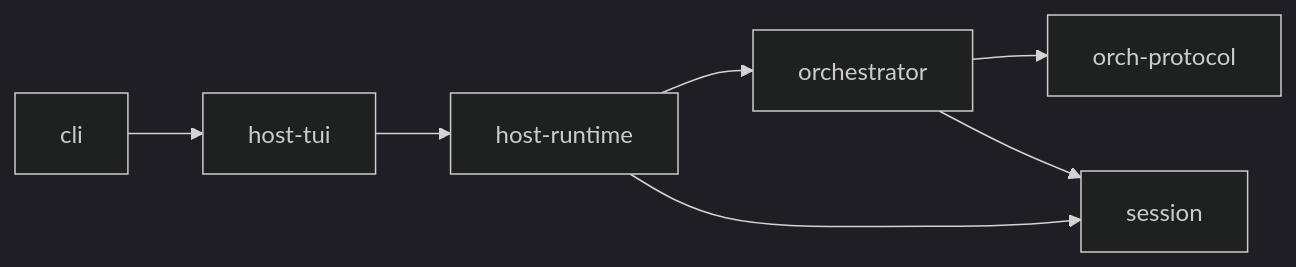
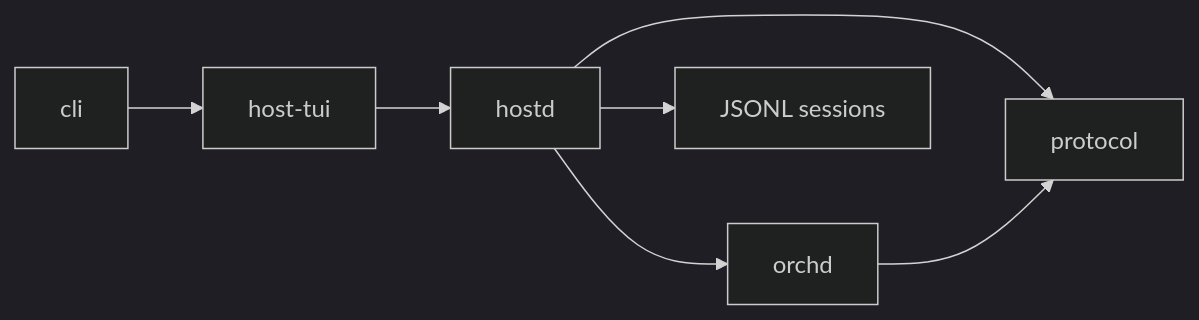
The diagram in AGENTS.md (biuld/piko), drawn with Mermaid (dark theme) before and after one commit. The commit also changed other lines of this file and 46 other files, not shown here.

````diff
--- a/AGENTS.md
+++ b/AGENTS.md
@@ -11,9 +11,9 @@
 ```mermaid
 graph LR
   CLI[cli] --> TUI[host-tui]
-  TUI --> Runtime[host-runtime]
-  Runtime --> Orch[orchestrator]
-  Orch --> Protocol[orch-protocol]
-  Runtime --> Session[session]
-  Orch --> Session
+  TUI --> Hostd[hostd]
+  Hostd --> Orch[orchd]
+  Hostd --> Protocol[protocol]
+  Orch --> Protocol
+  Hostd --> Session[JSONL sessions]
 ```
````
